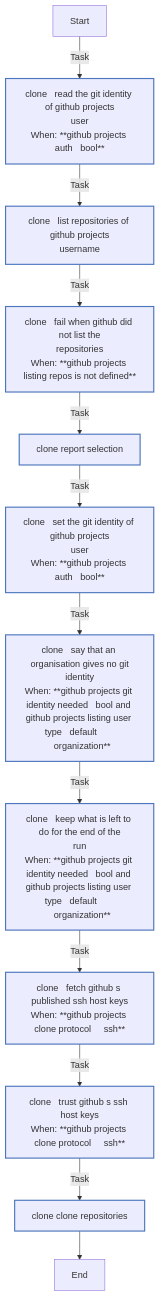
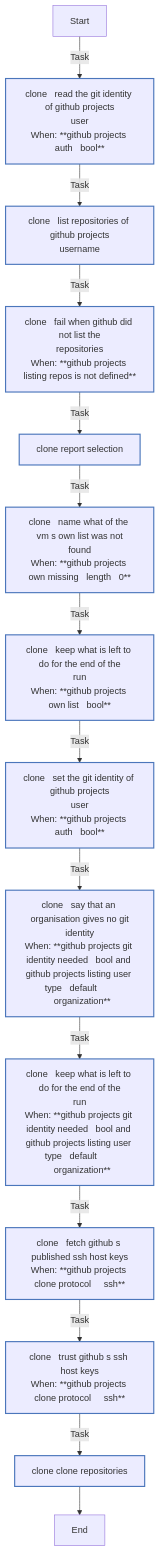
The fourth of 11 diagrams in docs/reference/roles/github_projects.md (kawadeomkar/agent-warehouse), drawn with Mermaid before and after one commit. The commit also changed other lines of this file and 9 other files, not shown here.

First line of the commit message:
feat(github_projects): clone a VM's own list when it has one

````diff
--- a/docs/reference/roles/github_projects.md
+++ b/docs/reference/roles/github_projects.md
@@ -284,24 +291,26 @@
 ```mermaid
 flowchart TD
 Start
 classDef block stroke:#3498db,stroke-width:2px;
 classDef task stroke:#4b76bb,stroke-width:2px;
 classDef includeTasks stroke:#16a085,stroke-width:2px;
 classDef importTasks stroke:#34495e,stroke-width:2px;
 classDef includeRole stroke:#2980b9,stroke-width:2px;
 classDef importRole stroke:#699ba7,stroke-width:2px;
 classDef includeVars stroke:#8e44ad,stroke-width:2px;
 classDef rescue stroke:#665352,stroke-width:2px;
 
   Start-->|Task| clone___Read_the_git_identity_of_github_projects_user0[clone   read the git identity of github projects<br>user<br>When: **github projects auth   bool**]:::task
   clone___Read_the_git_identity_of_github_projects_user0-->|Task| clone___List_repositories_of_github_projects_username1[clone   list repositories of github projects<br>username]:::task
   clone___List_repositories_of_github_projects_username1-->|Task| clone___Fail_when_GitHub_did_not_list_the_repositories2[clone   fail when github did not list the<br>repositories<br>When: **github projects listing repos is not defined**]:::task
   clone___Fail_when_GitHub_did_not_list_the_repositories2-->|Task| clone___Report_selection3[clone   report selection]:::task
-  clone___Report_selection3-->|Task| clone___Set_the_git_identity_of_github_projects_user4[clone   set the git identity of github projects<br>user<br>When: **github projects auth   bool**]:::task
-  clone___Set_the_git_identity_of_github_projects_user4-->|Task| clone___Say_that_an_organisation_gives_no_git_identity5[clone   say that an organisation gives no git<br>identity<br>When: **github projects git identity needed   bool and <br>github projects listing user type   default       <br>  organization**]:::task
-  clone___Say_that_an_organisation_gives_no_git_identity5-->|Task| clone___Keep_what_is_left_to_do_for_the_end_of_the_run6[clone   keep what is left to do for the end of the<br>run<br>When: **github projects git identity needed   bool and <br>github projects listing user type   default       <br>  organization**]:::task
-  clone___Keep_what_is_left_to_do_for_the_end_of_the_run6-->|Task| clone___Fetch_GitHub_s_published_SSH_host_keys7[clone   fetch github s published ssh host keys<br>When: **github projects clone protocol     ssh**]:::task
-  clone___Fetch_GitHub_s_published_SSH_host_keys7-->|Task| clone___Trust_GitHub_s_SSH_host_keys8[clone   trust github s ssh host keys<br>When: **github projects clone protocol     ssh**]:::task
-  clone___Trust_GitHub_s_SSH_host_keys8-->|Task| clone___Clone_repositories9[clone   clone repositories]:::task
-  clone___Clone_repositories9-->End
+  clone___Report_selection3-->|Task| clone___Name_what_of_the_VM_s_own_list_was_not_found4[clone   name what of the vm s own list was not<br>found<br>When: **github projects own missing   length   0**]:::task
+  clone___Name_what_of_the_VM_s_own_list_was_not_found4-->|Task| clone___Keep_what_is_left_to_do_for_the_end_of_the_run5[clone   keep what is left to do for the end of the<br>run<br>When: **github projects own list   bool**]:::task
+  clone___Keep_what_is_left_to_do_for_the_end_of_the_run5-->|Task| clone___Set_the_git_identity_of_github_projects_user6[clone   set the git identity of github projects<br>user<br>When: **github projects auth   bool**]:::task
+  clone___Set_the_git_identity_of_github_projects_user6-->|Task| clone___Say_that_an_organisation_gives_no_git_identity7[clone   say that an organisation gives no git<br>identity<br>When: **github projects git identity needed   bool and <br>github projects listing user type   default       <br>  organization**]:::task
+  clone___Say_that_an_organisation_gives_no_git_identity7-->|Task| clone___Keep_what_is_left_to_do_for_the_end_of_the_run8[clone   keep what is left to do for the end of the<br>run<br>When: **github projects git identity needed   bool and <br>github projects listing user type   default       <br>  organization**]:::task
+  clone___Keep_what_is_left_to_do_for_the_end_of_the_run8-->|Task| clone___Fetch_GitHub_s_published_SSH_host_keys9[clone   fetch github s published ssh host keys<br>When: **github projects clone protocol     ssh**]:::task
+  clone___Fetch_GitHub_s_published_SSH_host_keys9-->|Task| clone___Trust_GitHub_s_SSH_host_keys10[clone   trust github s ssh host keys<br>When: **github projects clone protocol     ssh**]:::task
+  clone___Trust_GitHub_s_SSH_host_keys10-->|Task| clone___Clone_repositories11[clone   clone repositories]:::task
+  clone___Clone_repositories11-->End
 ```
````
